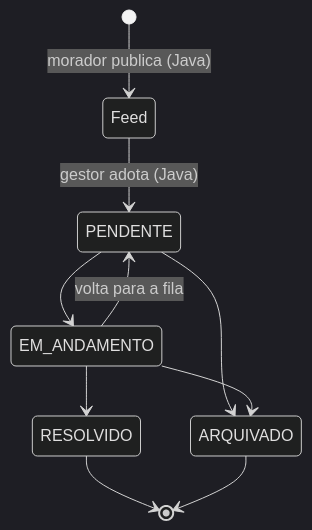
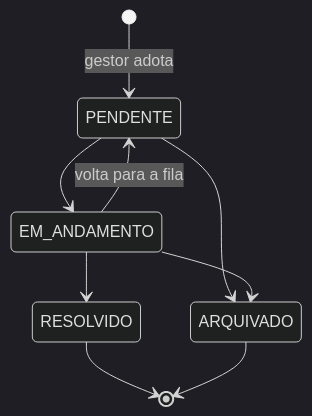
Before and after one commit to ryanvetoriano/RootFix: the second of 2 diagrams in README.md, drawn with Mermaid (dark theme). The commit also changed other lines of this file, not shown here.

````diff
--- a/README.md
+++ b/README.md
@@ -89,12 +87,11 @@
 ```mermaid
 stateDiagram-v2
-  [*] --> Feed: morador publica (Java)
-  Feed --> PENDENTE: gestor adota (Java)
+  [*] --> PENDENTE: gestor adota
   PENDENTE --> EM_ANDAMENTO
   PENDENTE --> ARQUIVADO
   EM_ANDAMENTO --> RESOLVIDO
   EM_ANDAMENTO --> ARQUIVADO
   EM_ANDAMENTO --> PENDENTE: volta para a fila
   RESOLVIDO --> [*]
   ARQUIVADO --> [*]
 ```
````
